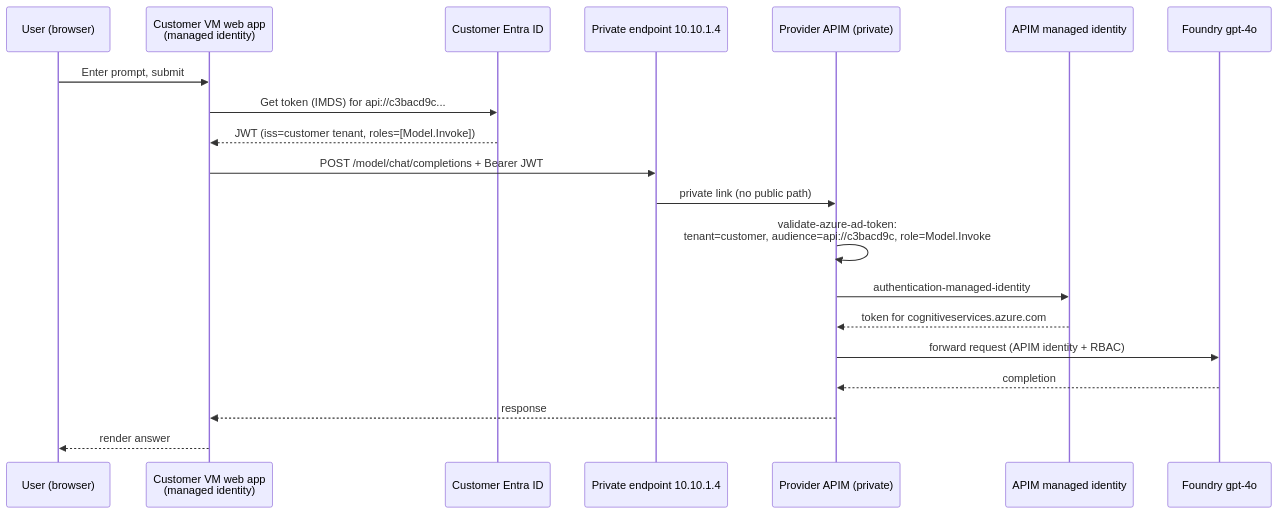
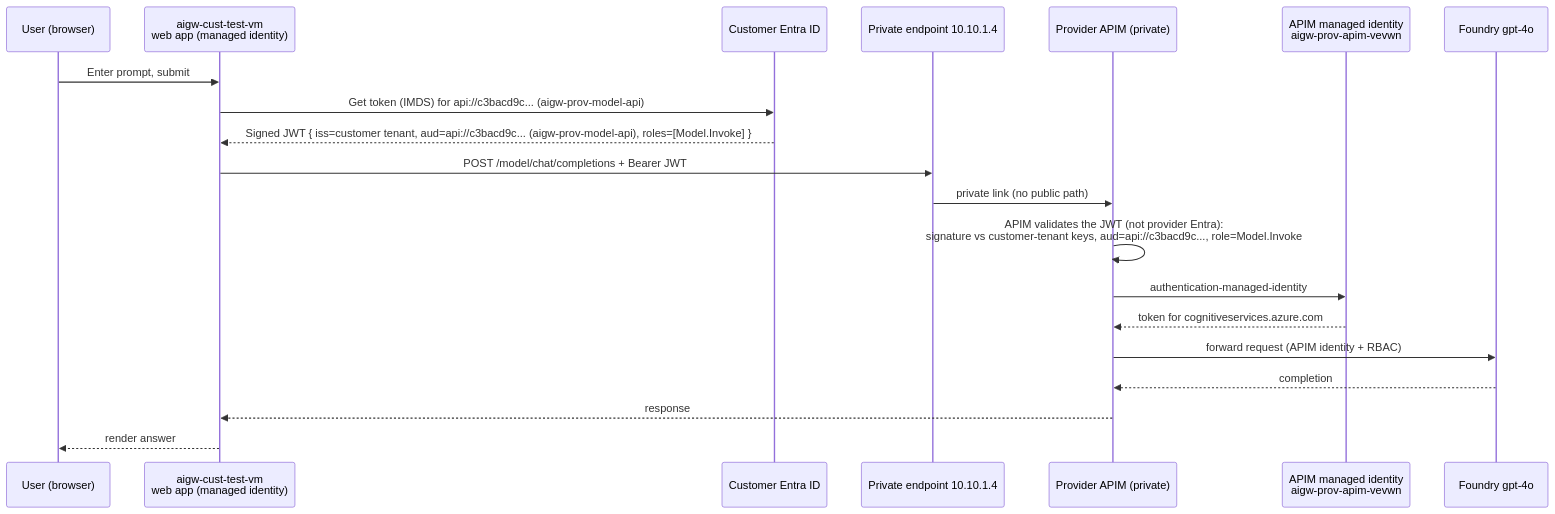
The diagram in recording-steps.md (shaleen-wonder-ent/Cross-Tenant-AI-Gateway), drawn with Mermaid before and after one commit. The commit also changed other lines of this file, not shown here.

````diff
--- a/recording-steps.md
+++ b/recording-steps.md
@@ -32,23 +35,23 @@
 ```mermaid
 sequenceDiagram
     participant U as User (browser)
-    participant VM as Customer VM web app<br/>(managed identity)
+    participant VM as aigw-cust-test-vm<br/>web app (managed identity)
     participant CE as Customer Entra ID
     participant PE as Private endpoint 10.10.1.4
     participant AP as Provider APIM (private)
-    participant PE2 as APIM managed identity
+    participant MI as APIM managed identity<br/>aigw-prov-apim-vevwn
     participant F as Foundry gpt-4o
 
     U->>VM: Enter prompt, submit
-    VM->>CE: Get token (IMDS) for api://c3bacd9c... 
-    CE-->>VM: JWT (iss=customer tenant, roles=[Model.Invoke])
+    VM->>CE: Get token (IMDS) for api://c3bacd9c... (aigw-prov-model-api)
+    CE-->>VM: Signed JWT { iss=customer tenant, aud=api://c3bacd9c... (aigw-prov-model-api), roles=[Model.Invoke] }
     VM->>PE: POST /model/chat/completions + Bearer JWT
     PE->>AP: private link (no public path)
-    AP->>AP: validate-azure-ad-token:<br/>tenant=customer, audience=api://c3bacd9c, role=Model.Invoke
-    AP->>PE2: authentication-managed-identity
-    PE2-->>AP: token for cognitiveservices.azure.com
+    AP->>AP: APIM validates the JWT (not provider Entra):<br/>signature vs customer-tenant keys, aud=api://c3bacd9c..., role=Model.Invoke
+    AP->>MI: authentication-managed-identity
+    MI-->>AP: token for cognitiveservices.azure.com
     AP->>F: forward request (APIM identity + RBAC)
     F-->>AP: completion
     AP-->>VM: response
     VM-->>U: render answer
 ```
````
